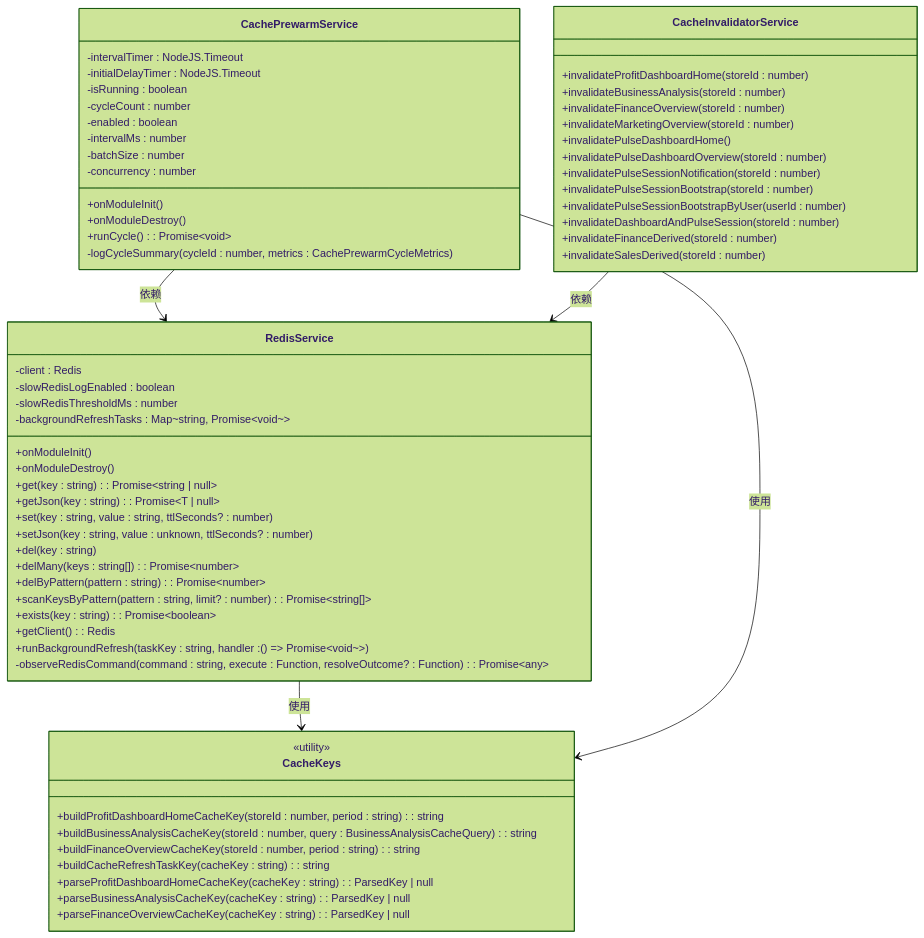
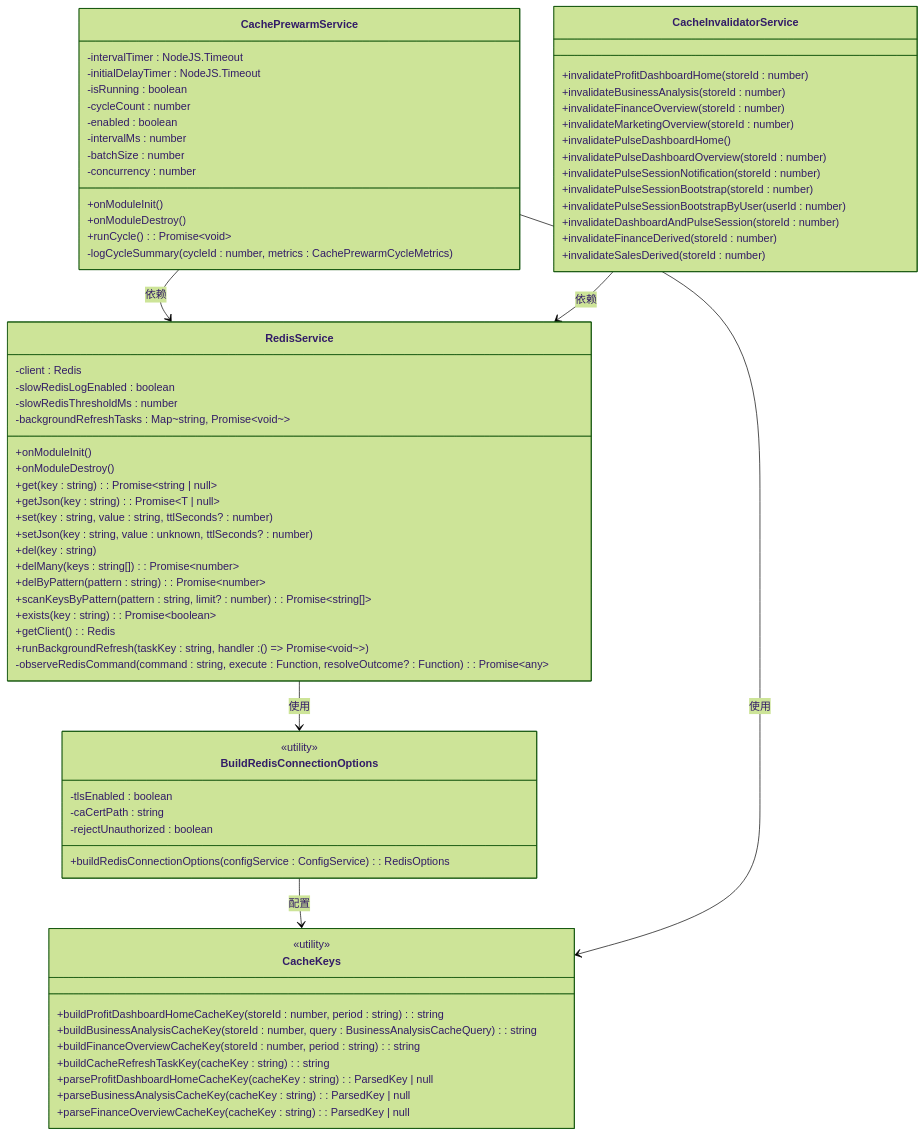
Before and after one commit to rc558620/purelyprofit-server: the second of 7 diagrams in .qoder/repowiki/zh/content/缓存系统/Redis 集成方案.md, drawn with Mermaid (forest theme). The commit also changed other lines of this file and 55 other files, not shown here.

````diff
--- a/.qoder/repowiki/zh/content/缓存系统/Redis 集成方案.md
+++ b/.qoder/repowiki/zh/content/缓存系统/Redis 集成方案.md
@@ -111,65 +132,73 @@
 ```mermaid
 classDiagram
 class RedisService {
 -client : Redis
 -slowRedisLogEnabled : boolean
 -slowRedisThresholdMs : number
 -backgroundRefreshTasks : Map~string, Promise~void~~
 +onModuleInit()
 +onModuleDestroy()
 +get(key : string) : Promise~string | null~
 +getJson(key : string) : Promise~T | null~
 +set(key : string, value : string, ttlSeconds? : number)
 +setJson(key : string, value : unknown, ttlSeconds? : number)
 +del(key : string)
 +delMany(keys : string[]) : Promise~number~
 +delByPattern(pattern : string) : Promise~number~
 +scanKeysByPattern(pattern : string, limit? : number) : Promise~string[]~
 +exists(key : string) : Promise~boolean~
 +getClient() : Redis
 +runBackgroundRefresh(taskKey : string, handler : () => Promise~void~~)
 -observeRedisCommand(command : string, execute : Function, resolveOutcome? : Function) : Promise~any~
+}
+class BuildRedisConnectionOptions {
+<<utility>>
++buildRedisConnectionOptions(configService : ConfigService) : RedisOptions
+-tlsEnabled : boolean
+-caCertPath : string
+-rejectUnauthorized : boolean
 }
 class CachePrewarmService {
 -intervalTimer : NodeJS.Timeout
 -initialDelayTimer : NodeJS.Timeout
 -isRunning : boolean
 -cycleCount : number
 -enabled : boolean
 -intervalMs : number
 -batchSize : number
 -concurrency : number
 +onModuleInit()
 +onModuleDestroy()
 +runCycle() : Promise~void~
 -logCycleSummary(cycleId : number, metrics : CachePrewarmCycleMetrics)
 }
 class CacheInvalidatorService {
 +invalidateProfitDashboardHome(storeId : number)
 +invalidateBusinessAnalysis(storeId : number)
 +invalidateFinanceOverview(storeId : number)
 +invalidateMarketingOverview(storeId : number)
 +invalidatePulseDashboardHome()
 +invalidatePulseDashboardOverview(storeId : number)
 +invalidatePulseSessionNotification(storeId : number)
 +invalidatePulseSessionBootstrap(storeId : number)
 +invalidatePulseSessionBootstrapByUser(userId : number)
 +invalidateDashboardAndPulseSession(storeId : number)
 +invalidateFinanceDerived(storeId : number)
 +invalidateSalesDerived(storeId : number)
 }
 class CacheKeys {
 <<utility>>
 +buildProfitDashboardHomeCacheKey(storeId : number, period : string) : string
 +buildBusinessAnalysisCacheKey(storeId : number, query : BusinessAnalysisCacheQuery) : string
 +buildFinanceOverviewCacheKey(storeId : number, period : string) : string
 +buildCacheRefreshTaskKey(cacheKey : string) : string
 +parseProfitDashboardHomeCacheKey(cacheKey : string) : ParsedKey | null
 +parseBusinessAnalysisCacheKey(cacheKey : string) : ParsedKey | null
 +parseFinanceOverviewCacheKey(cacheKey : string) : ParsedKey | null
 }
-RedisService --> CacheKeys : 使用
+RedisService --> BuildRedisConnectionOptions : 使用
+BuildRedisConnectionOptions --> CacheKeys : 配置
 CachePrewarmService --> RedisService : 依赖
 CacheInvalidatorService --> RedisService : 依赖
 CachePrewarmService --> CacheKeys : 使用
 ```
````
